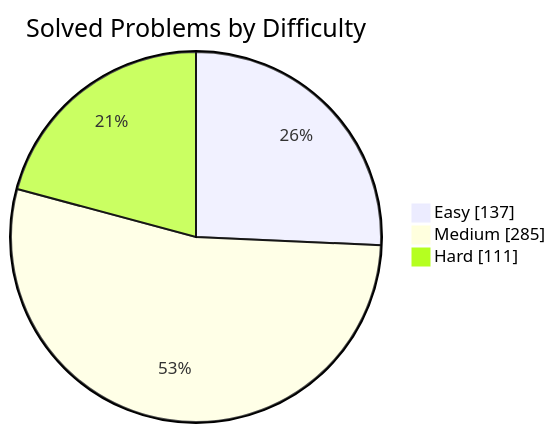
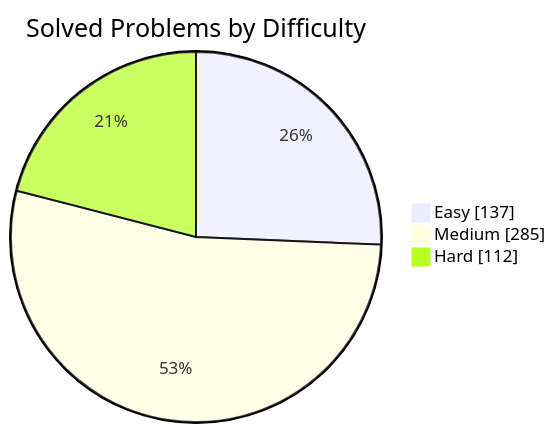
One commit to manikantbindass/DSA-Preparation-FAANG changed the first of 2 diagrams in README.md. Above: the diagram before and after it, drawn with Mermaid. The commit also changed other lines of this file and 1 other file, not shown here.

````diff
--- a/README.md
+++ b/README.md
@@ -79,7 +79,7 @@
 ```mermaid
 pie showData
     title Solved Problems by Difficulty
     "Easy" : 137
     "Medium" : 285
-    "Hard" : 111
+    "Hard" : 112
 ```
````
